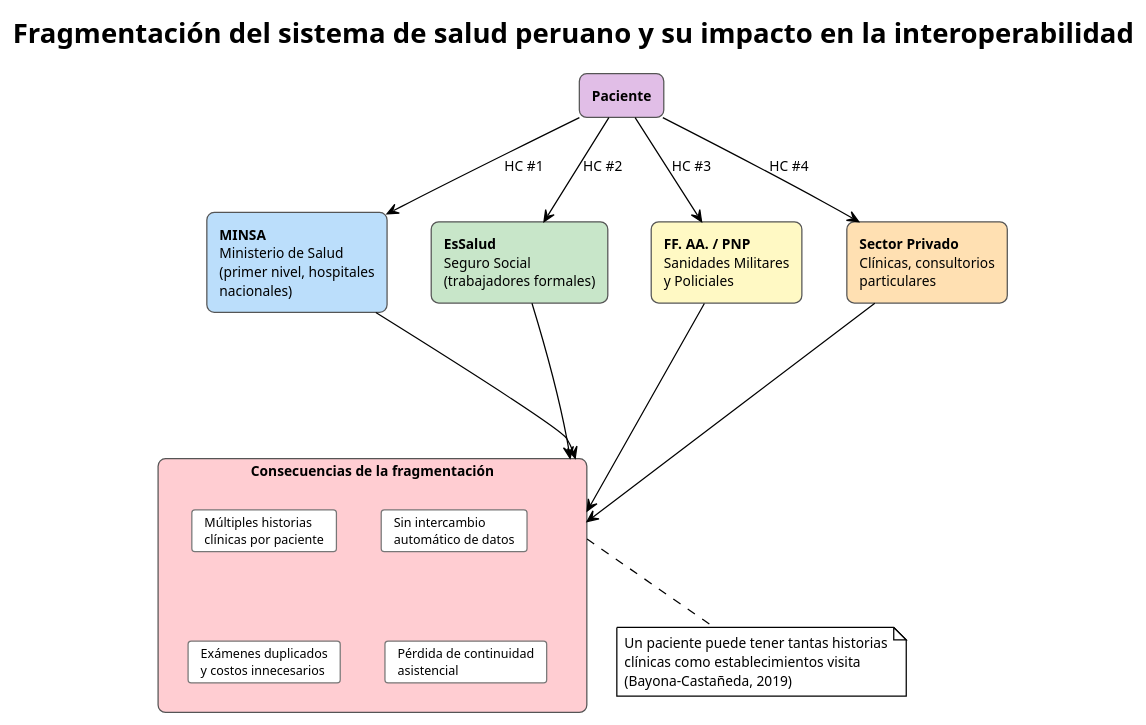
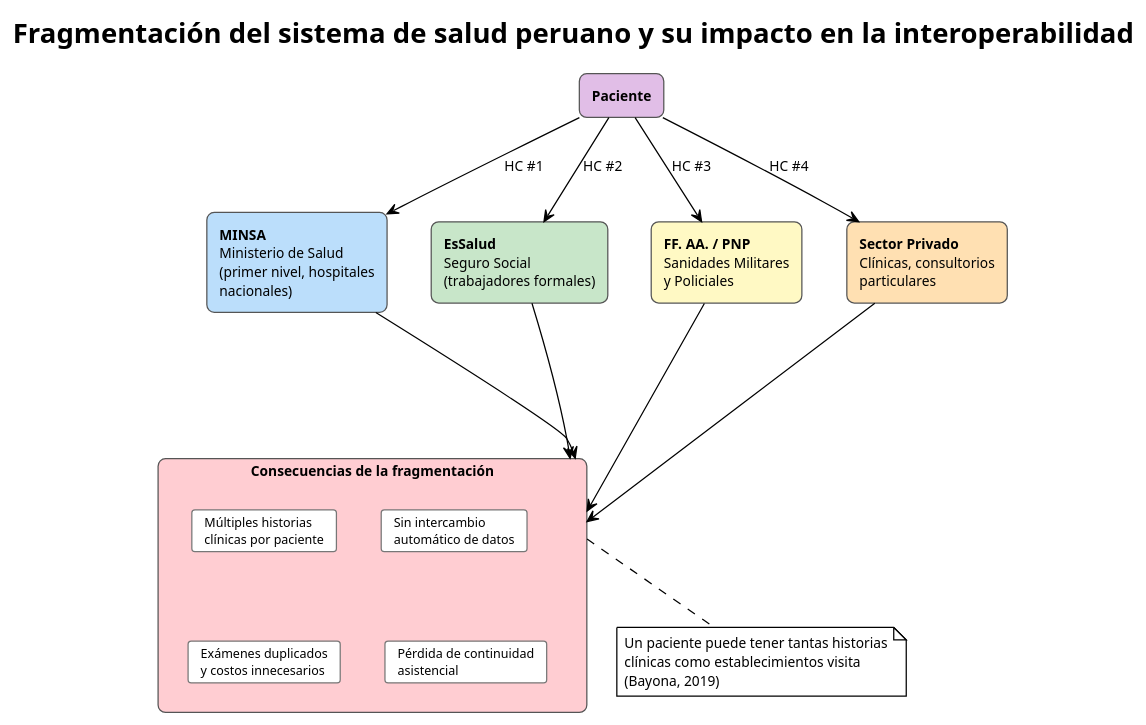
One commit to genomike/seminario_de_investigacion changed the diagram in media/diagrama-fragmentacion-sistema-salud-peru.puml. Above: the diagram before and after it, drawn with PlantUML. The commit also changed 18 other files, not shown here.

First line of the commit message:
Add UML diagram for the relationship between independent and dependent variables in clinical information exchange

```diff
--- a/media/diagrama-fragmentacion-sistema-salud-peru.puml
+++ b/media/diagrama-fragmentacion-sistema-salud-peru.puml
@@ -1,55 +1,55 @@
 @startuml diagrama-fragmentacion-sistema-salud-peru
 !theme plain
 skinparam backgroundColor white
 skinparam defaultFontName Arial
 skinparam defaultFontSize 11
 skinparam shadowing false
 skinparam rectangle {
     RoundCorner 12
     BorderColor #555555
     FontSize 11
 }
 skinparam card {
     BorderColor #777777
     FontSize 10
 }
 
 title <b>Fragmentación del sistema de salud peruano y su impacto en la interoperabilidad</b>
 
 together {
     rectangle "**MINSA**\nMinisterio de Salud\n(primer nivel, hospitales\nnacionales)" as MINSA #BBDEFB
     rectangle "**EsSalud**\nSeguro Social\n(trabajadores formales)" as ESS #C8E6C9
     rectangle "**FF. AA. / PNP**\nSanidades Militares\ny Policiales" as FFAA #FFF9C4
     rectangle "**Sector Privado**\nClínicas, consultorios\nparticulares" as PRIV #FFE0B2
 }
 
 rectangle "**Paciente**" as PAC #E1BEE7
 
 PAC -down-> MINSA : "HC #1"
 PAC -down-> ESS : "HC #2"
 PAC -down-> FFAA : "HC #3"
 PAC -down-> PRIV : "HC #4"
 
 MINSA -[hidden]right- ESS
 ESS -[hidden]right- FFAA
 FFAA -[hidden]right- PRIV
 
 rectangle "**Consecuencias de la fragmentación**" as CONSEC #FFCDD2 {
     card "Múltiples historias\nclínicas por paciente" as C1
     card "Sin intercambio\nautomático de datos" as C2
     card "Exámenes duplicados\ny costos innecesarios" as C3
     card "Pérdida de continuidad\nasistencial" as C4
 }
 
 MINSA -down--> CONSEC
 ESS -down--> CONSEC
 FFAA -down--> CONSEC
 PRIV -down--> CONSEC
 
 note bottom of CONSEC
   Un paciente puede tener tantas historias
   clínicas como establecimientos visita
-  (Bayona-Castañeda, 2019)
+  (Bayona, 2019)
 end note
 
 @enduml
```
